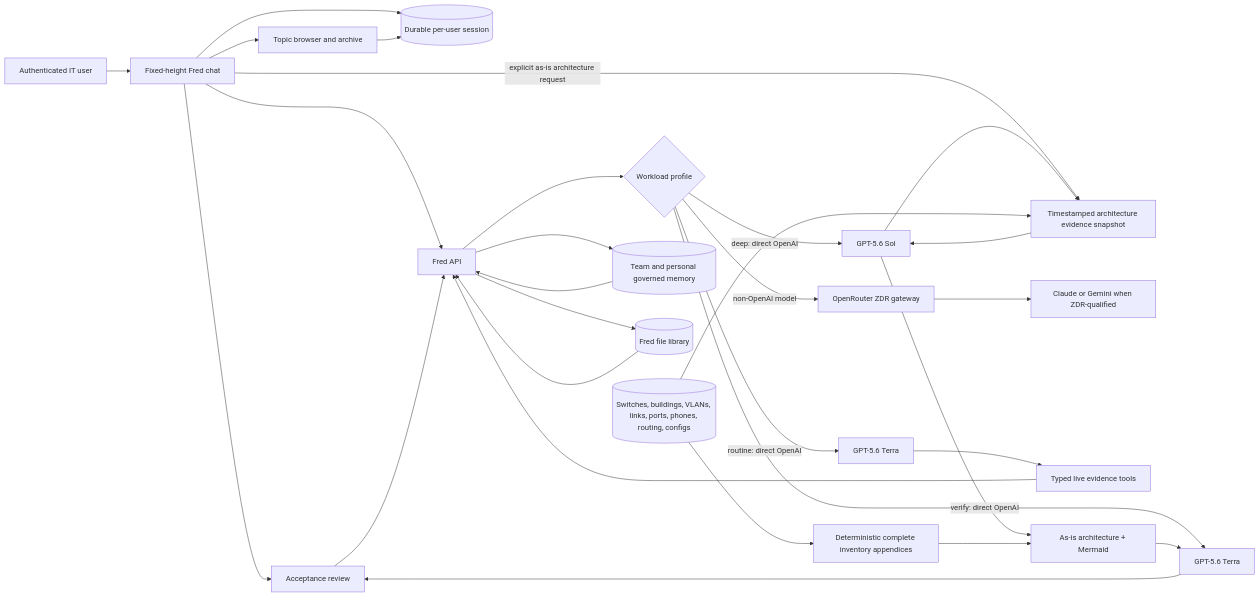
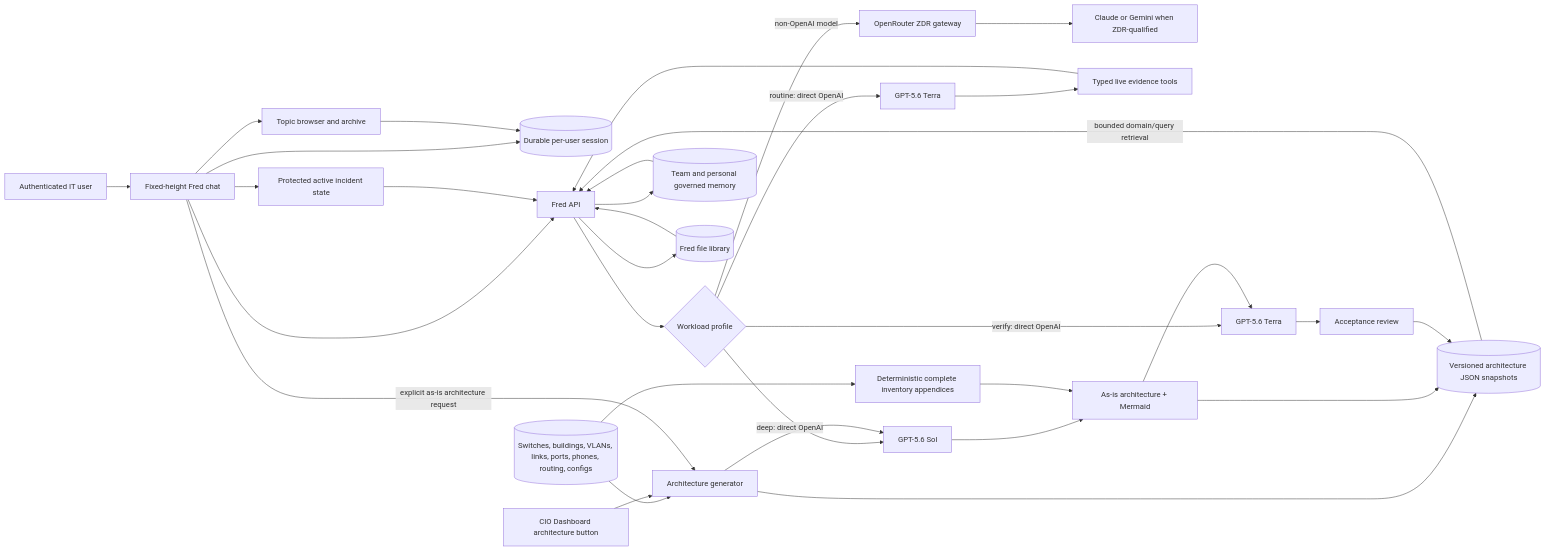
The diagram in docs/fred-model-memory-flow.mmd (OlderschCoder/Network-Insight-Hub), drawn with Mermaid before and after one commit. The commit also changed 6 other files, not shown here.

First line of the commit message:
feat: persist Fred architecture evidence snapshots

```diff
--- a/docs/fred-model-memory-flow.mmd
+++ b/docs/fred-model-memory-flow.mmd
@@ -1,29 +1,33 @@
 flowchart LR
   U[Authenticated IT user] --> UI[Fixed-height Fred chat]
   UI --> S[(Durable per-user session)]
   UI --> H[Topic browser and archive]
   H --> S
-  UI --> A[Protected active incident state]
+  UI --> ACTIVE[Protected active incident state]
   UI --> API[Fred API]
-  UI -->|explicit as-is architecture request| SNAP
-  A --> API
+  ACTIVE --> API
   API --> R{Workload profile}
   R -->|routine: direct OpenAI| T[GPT-5.6 Terra]
   R -->|deep: direct OpenAI| C[GPT-5.6 Sol]
   R -->|verify: direct OpenAI| V[GPT-5.6 Terra]
   R -->|non-OpenAI model| OR[OpenRouter ZDR gateway]
   OR --> X[Claude or Gemini when ZDR-qualified]
   T --> TOOLS[Typed live evidence tools]
-  C --> SNAP[Timestamped architecture evidence snapshot]
-  DB[(Switches, buildings, VLANs, links, ports, phones, routing, configs)] --> SNAP
-  SNAP --> C
+  DB[(Switches, buildings, VLANs, links, ports, phones, routing, configs)] --> GEN[Architecture generator]
+  CIO[CIO Dashboard architecture button] --> GEN
+  UI -->|explicit as-is architecture request| GEN
+  GEN --> C
+  DB --> APP[Deterministic complete inventory appendices]
   C --> D[As-is architecture + Mermaid]
-  DB --> APP[Deterministic complete inventory appendices]
   APP --> D
   D --> V
-  V --> A[Acceptance review]
+  V --> REVIEW[Acceptance review]
+  GEN --> JSON[(Versioned architecture JSON snapshots)]
+  D --> JSON
+  REVIEW --> JSON
+  JSON -->|bounded domain/query retrieval| API
   API --> M[(Team and personal governed memory)]
   API --> F[(Fred file library)]
   TOOLS --> API
   M --> API
   F --> API
```
